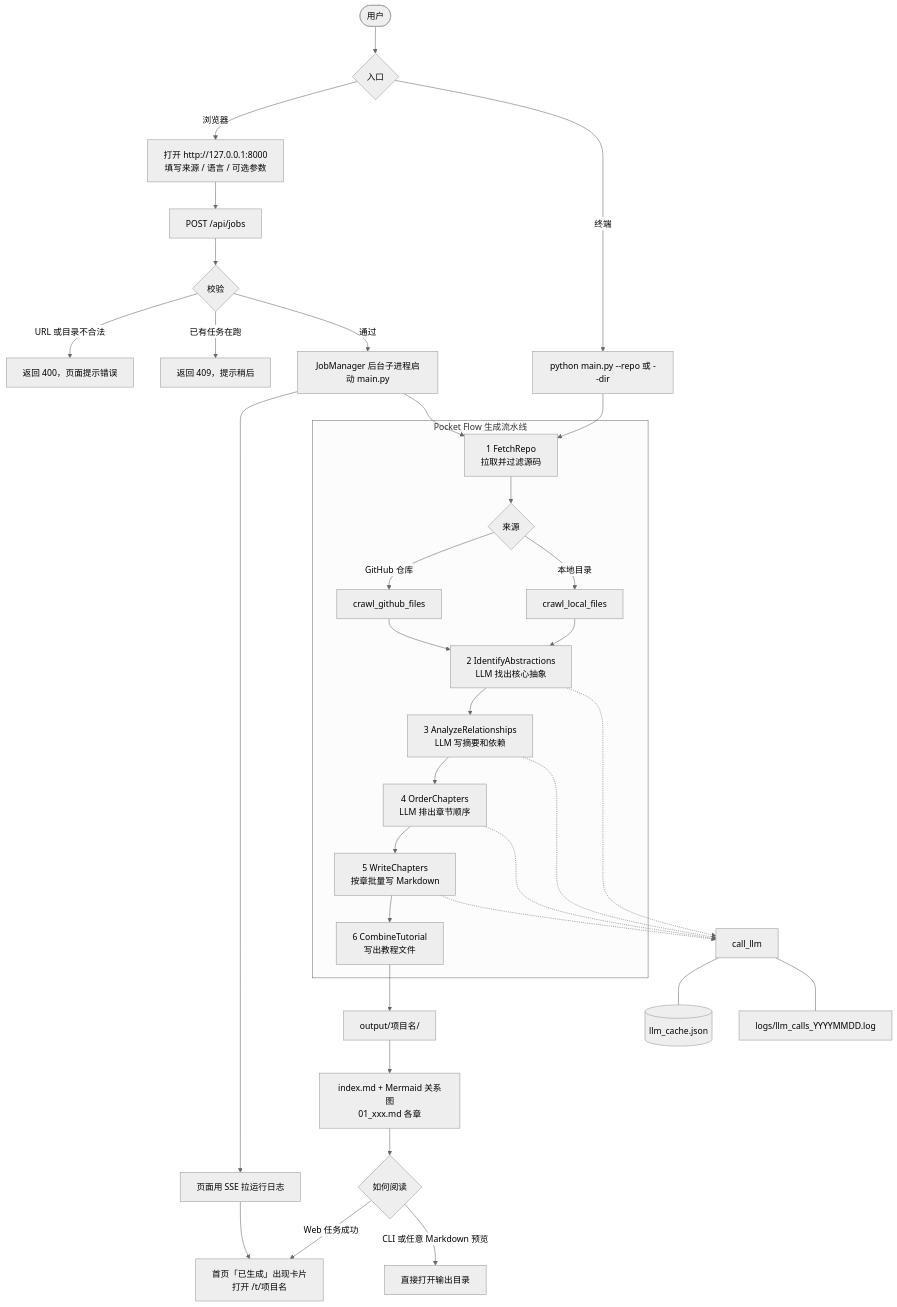
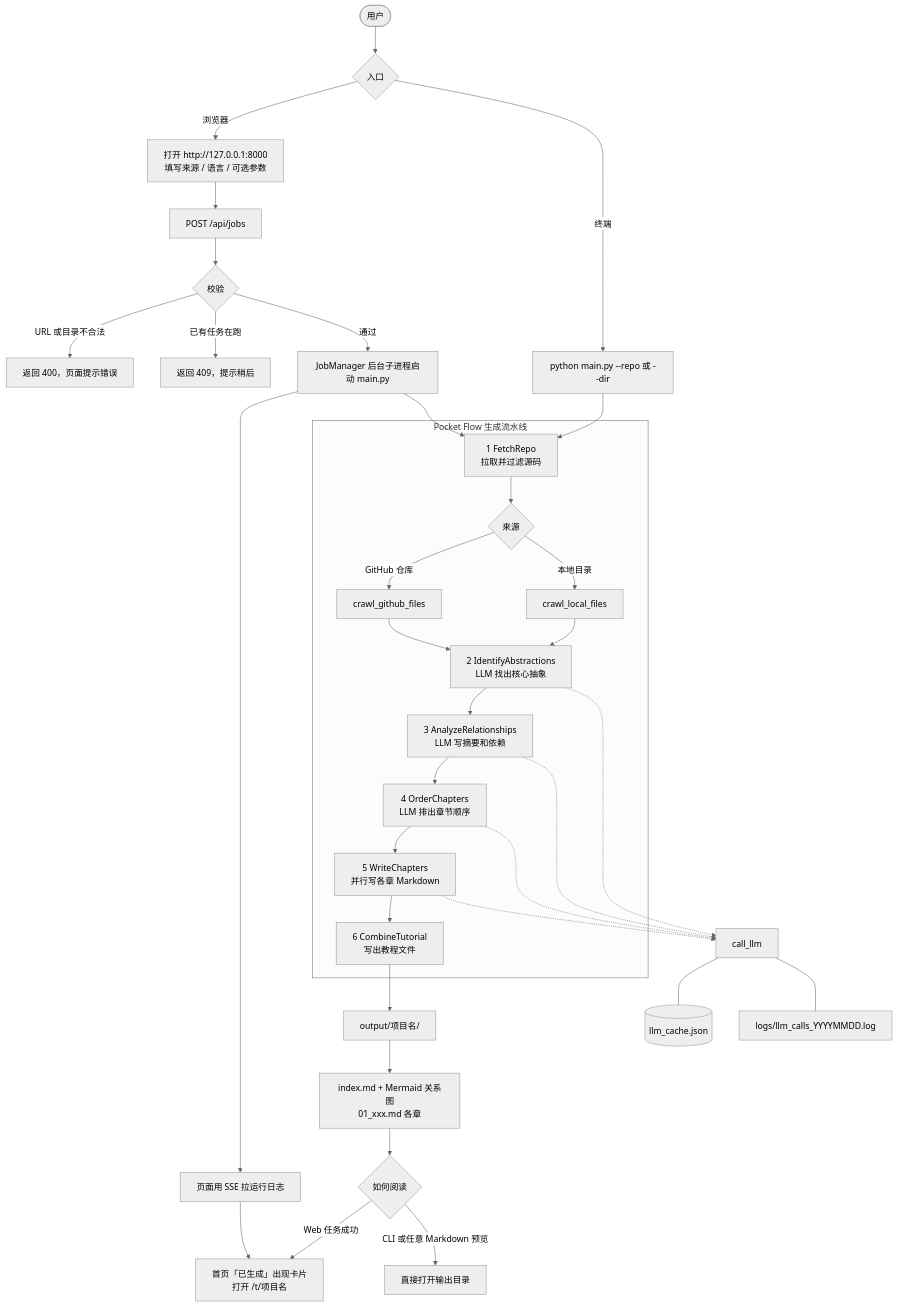
One commit to RayLin24/quick-study changed the first of 2 diagrams in 项目说明书.md. Above: the diagram before and after it, drawn with Mermaid (neutral theme). The commit also changed other lines of this file and 25 other files, not shown here.

````diff
--- a/项目说明书.md
+++ b/项目说明书.md
@@ -38,47 +38,47 @@
 ```mermaid
 flowchart TD
     U([用户]) --> E{入口}
 
     E -->|浏览器| W[打开 http://127.0.0.1:8000<br/>填写来源 / 语言 / 可选参数]
     E -->|终端| C["python main.py --repo 或 --dir"]
 
     W --> P[POST /api/jobs]
     P --> V{校验}
     V -->|URL 或目录不合法| E400[返回 400，页面提示错误]
     V -->|已有任务在跑| E409[返回 409，提示稍后]
     V -->|通过| J[JobManager 后台子进程启动 main.py]
     J --> SSE[页面用 SSE 拉运行日志]
 
     C --> F
     J --> F
 
     subgraph PIPE [Pocket Flow 生成流水线]
         F[1 FetchRepo<br/>拉取并过滤源码]
         I[2 IdentifyAbstractions<br/>LLM 找出核心抽象]
         A[3 AnalyzeRelationships<br/>LLM 写摘要和依赖]
         O[4 OrderChapters<br/>LLM 排出章节顺序]
-        WR[5 WriteChapters<br/>按章批量写 Markdown]
+        WR[5 WriteChapters<br/>并行写各章 Markdown]
         CT[6 CombineTutorial<br/>写出教程文件]
         F --> SRC{来源}
         SRC -->|GitHub 仓库| GH[crawl_github_files]
         SRC -->|本地目录| LOC[crawl_local_files]
         GH --> I
         LOC --> I
         I --> A --> O --> WR --> CT
     end
 
     I -.-> LLM[call_llm]
     A -.-> LLM
     O -.-> LLM
     WR -.-> LLM
     LLM --- CACHE[(llm_cache.json)]
     LLM --- LOGS[logs/llm_calls_YYYYMMDD.log]
 
     CT --> OUT["output/项目名/"]
     OUT --> MD[index.md + Mermaid 关系图<br/>01_xxx.md 各章]
 
     MD --> R{如何阅读}
     R -->|Web 任务成功| T[首页「已生成」出现卡片<br/>打开 /t/项目名]
     R -->|CLI 或任意 Markdown 预览| M[直接打开输出目录]
     SSE --> T
 ```
````
